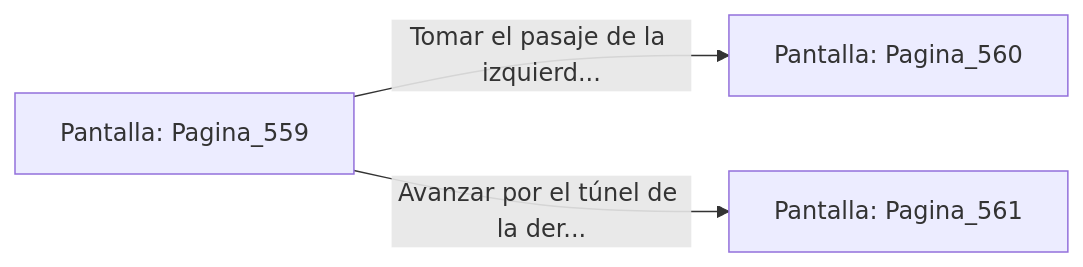
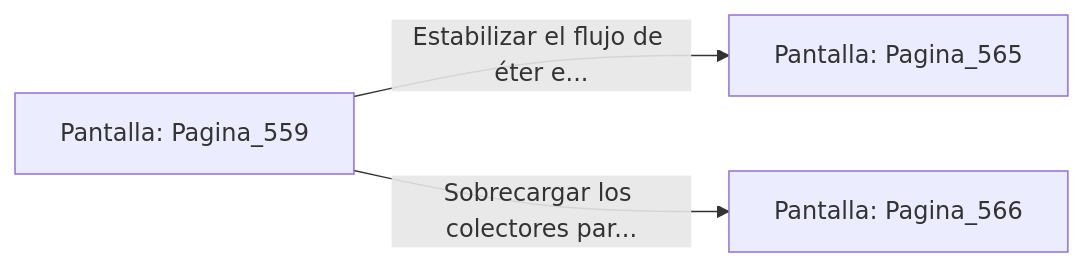
The diagram in sample/eligejuego-vault/Pantalla_Pagina_559.md (metsuke/mpl), drawn with Mermaid before and after one commit. The commit also changed other lines of this file and 635 other files, not shown here.

First line of the commit message:
fix: añadir Pagina_1 como pantalla inicial en capitulo_01.mpl

````diff
--- a/sample/eligejuego-vault/Pantalla_Pagina_559.md
+++ b/sample/eligejuego-vault/Pantalla_Pagina_559.md
@@ -20,6 +24,6 @@
 ```mermaid
 graph LR
     P_Pagina_559["Pantalla: Pagina_559"]
-    P_Pagina_559 -->|"Tomar el pasaje de la izquierd..."| P_Pagina_560["Pantalla: Pagina_560"]
-    P_Pagina_559 -->|"Avanzar por el túnel de la der..."| P_Pagina_561["Pantalla: Pagina_561"]
+    P_Pagina_559 -->|"Estabilizar el flujo de éter e..."| P_Pagina_565["Pantalla: Pagina_565"]
+    P_Pagina_559 -->|"Sobrecargar los colectores par..."| P_Pagina_566["Pantalla: Pagina_566"]
 ```
````
